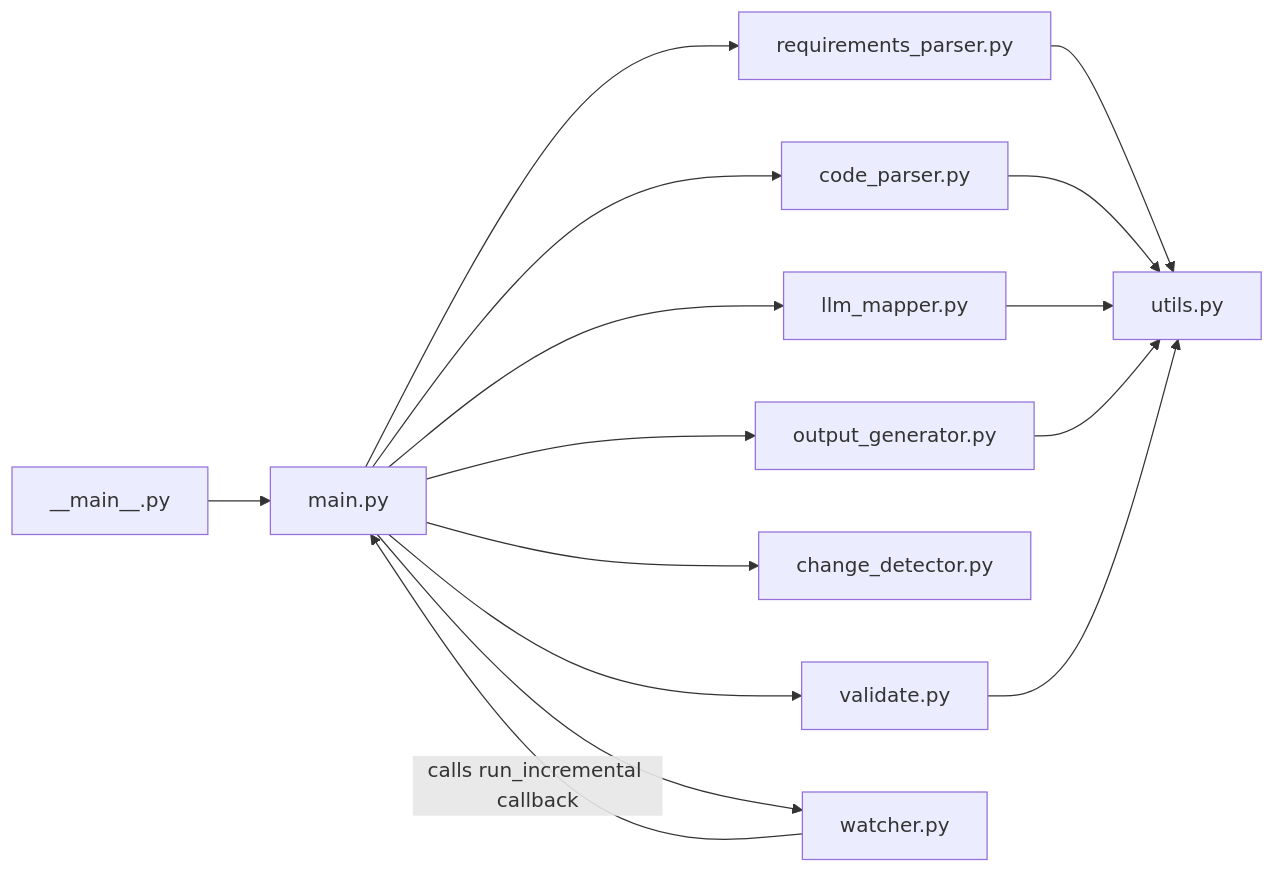
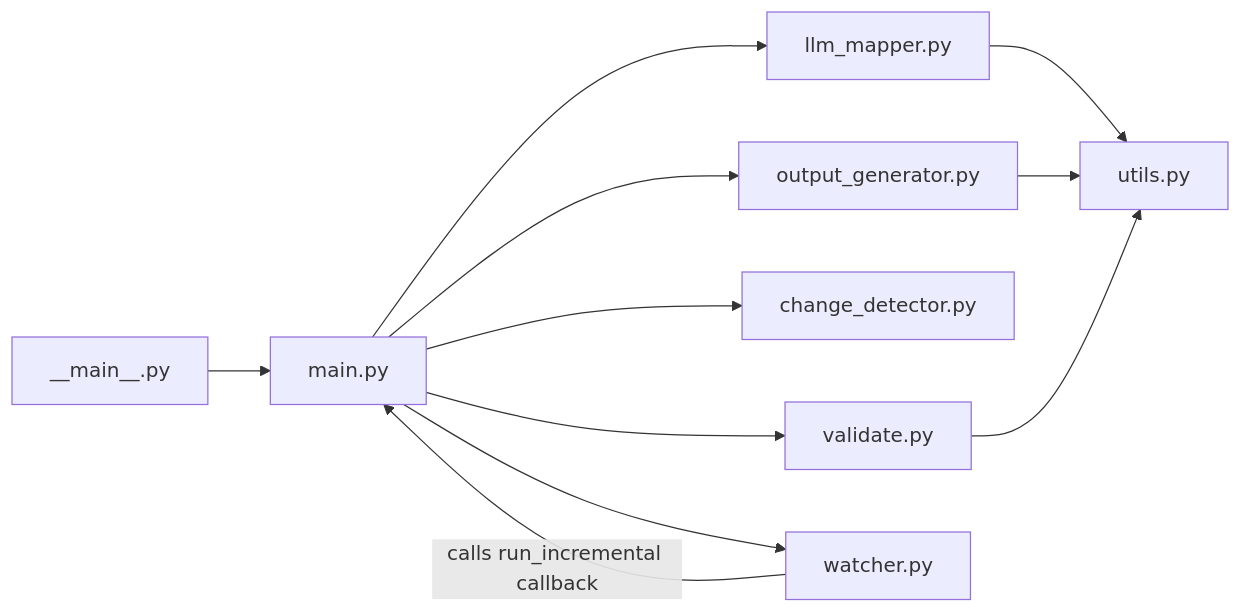
One commit to AHMED-MOH7/Our-Project changed the fourth of 11 diagrams in ARCHITECTURE.md. Above: the diagram before and after it, drawn with Mermaid. The commit also changed other lines of this file, not shown here.

````diff
--- a/ARCHITECTURE.md
+++ b/ARCHITECTURE.md
@@ -135,16 +139,14 @@
 ```mermaid
 graph LR
     MM["__main__.py"] --> MAIN["main.py"]
 
-    MAIN --> S1["requirements_parser.py"]
-    MAIN --> S2["code_parser.py"]
     MAIN --> S3["llm_mapper.py"]
     MAIN --> S4["output_generator.py"]
     MAIN --> S5["change_detector.py"]
     MAIN --> VA["validate.py"]
     MAIN --> S6["watcher.py"]
 
-    S1 & S2 & S3 & S4 & VA --> UT["utils.py"]
+    S3 & S4 & VA --> UT["utils.py"]
 
     S6 -->|"calls run_incremental callback"| MAIN
 ```
````
